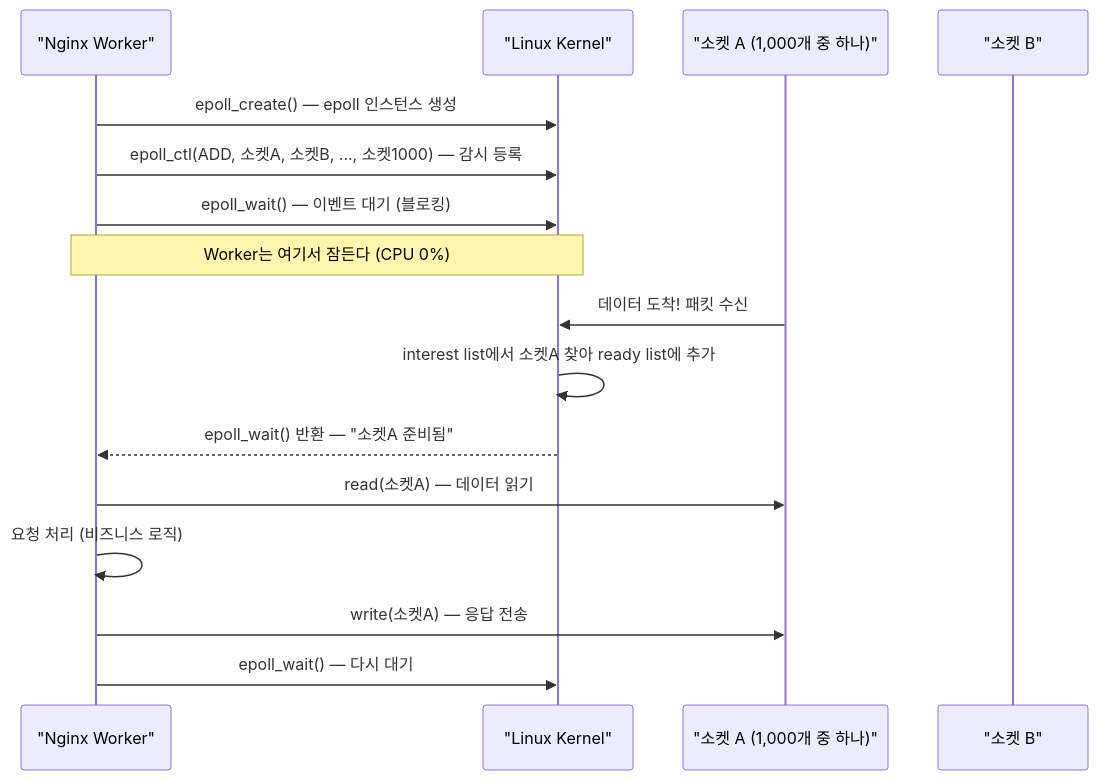
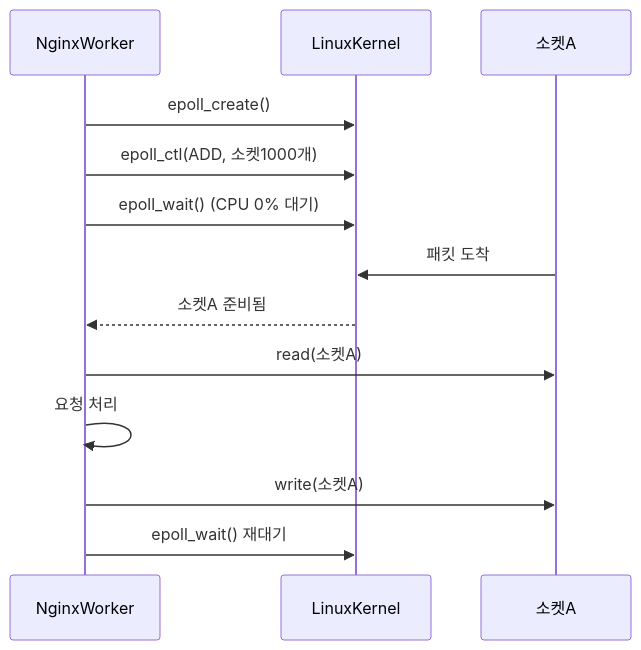
Before and after one commit to yjkim2015/yjkim2015.github.io: the third of 18 diagrams in _posts/server/2026-05-01-nginx.md, drawn with Mermaid. The commit also changed other lines of this file and 215 other files, not shown here.

First line of the commit message:
신규 포스트 10개 추가 + Mermaid 전면 축소 + SystemDesign 시리즈 보강

````diff
--- a/_posts/server/2026-05-01-nginx.md
+++ b/_posts/server/2026-05-01-nginx.md
@@ -75,21 +75,15 @@
 ```mermaid
 sequenceDiagram
-    participant W as "Nginx Worker"
-    participant K as "Linux Kernel"
-    participant S1 as "소켓 A (1,000개 중 하나)"
-    participant S2 as "소켓 B"
-
-    W->>K: epoll_create() — epoll 인스턴스 생성
-    W->>K: epoll_ctl(ADD, 소켓A, 소켓B, ..., 소켓1000) — 감시 등록
-    W->>K: epoll_wait() — 이벤트 대기 (블로킹)
-    Note over W,K: Worker는 여기서 잠든다 (CPU 0%)
-
-    S1->>K: 데이터 도착! 패킷 수신
-    K->>K: interest list에서 소켓A 찾아 ready list에 추가
-    K-->>W: epoll_wait() 반환 — "소켓A 준비됨"
-
-    W->>S1: read(소켓A) — 데이터 읽기
-    W->>W: 요청 처리 (비즈니스 로직)
-    W->>S1: write(소켓A) — 응답 전송
-    W->>K: epoll_wait() — 다시 대기
+    participant W as NginxWorker
+    participant K as LinuxKernel
+    participant S1 as 소켓A
+    W->>K: epoll_create()
+    W->>K: epoll_ctl(ADD, 소켓1000개)
+    W->>K: epoll_wait() (CPU 0% 대기)
+    S1->>K: 패킷 도착
+    K-->>W: 소켓A 준비됨
+    W->>S1: read(소켓A)
+    W->>W: 요청 처리
+    W->>S1: write(소켓A)
+    W->>K: epoll_wait() 재대기
 ```
````
